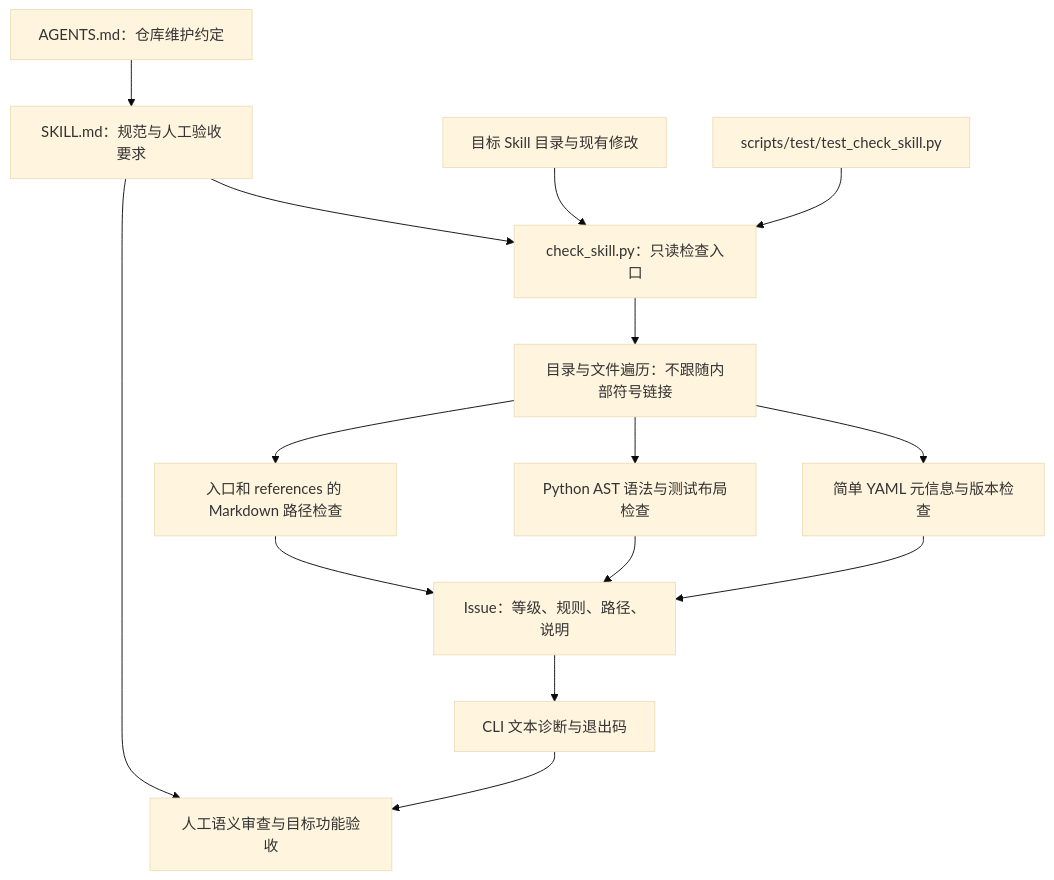
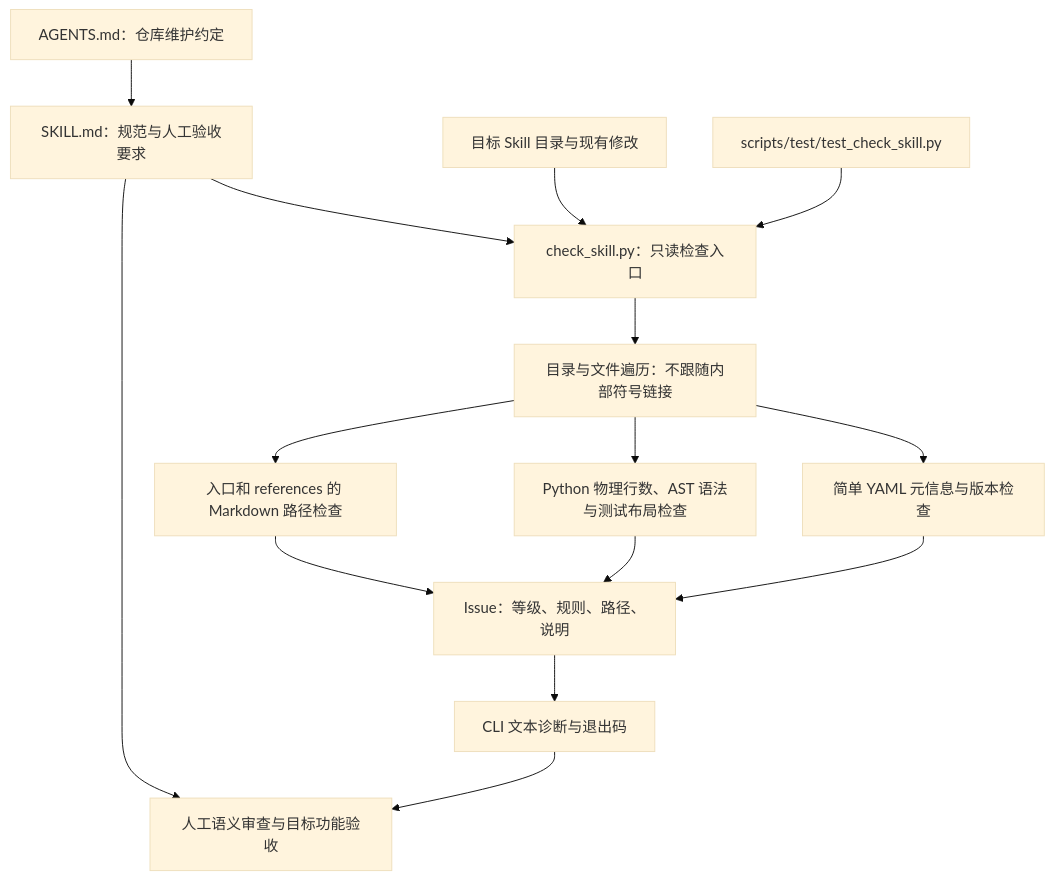
Before and after one commit to JohnParken/PSL-SKILLS: the first of 2 diagrams in docs/skills/skill-development-standards.md, drawn with Mermaid (base theme). The commit also changed other lines of this file and 83 other files, not shown here.

````diff
--- a/docs/skills/skill-development-standards.md
+++ b/docs/skills/skill-development-standards.md
@@ -18,17 +20,17 @@
 ```mermaid
 flowchart TD
     A["AGENTS.md：仓库维护约定"] --> B["SKILL.md：规范与人工验收要求"]
     C["目标 Skill 目录与现有修改"] --> D["check_skill.py：只读检查入口"]
     B --> D
     D --> E["目录与文件遍历：不跟随内部符号链接"]
     E --> F["简单 YAML 元信息与版本检查"]
-    E --> G["Python AST 语法与测试布局检查"]
+    E --> G["Python 物理行数、AST 语法与测试布局检查"]
     E --> H["入口和 references 的 Markdown 路径检查"]
     F --> I["Issue：等级、规则、路径、说明"]
     G --> I
     H --> I
     I --> J["CLI 文本诊断与退出码"]
     B --> K["人工语义审查与目标功能验收"]
     J --> K
     L["scripts/test/test_check_skill.py"] --> D
 ```
````
